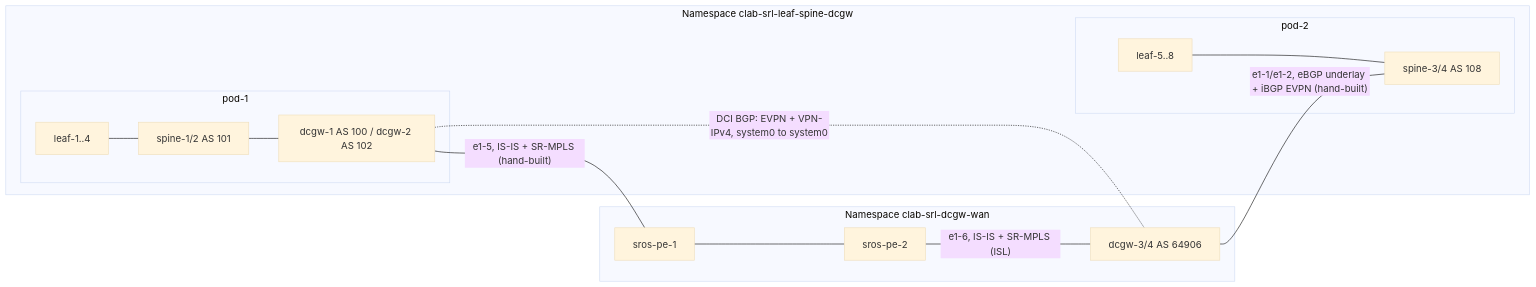
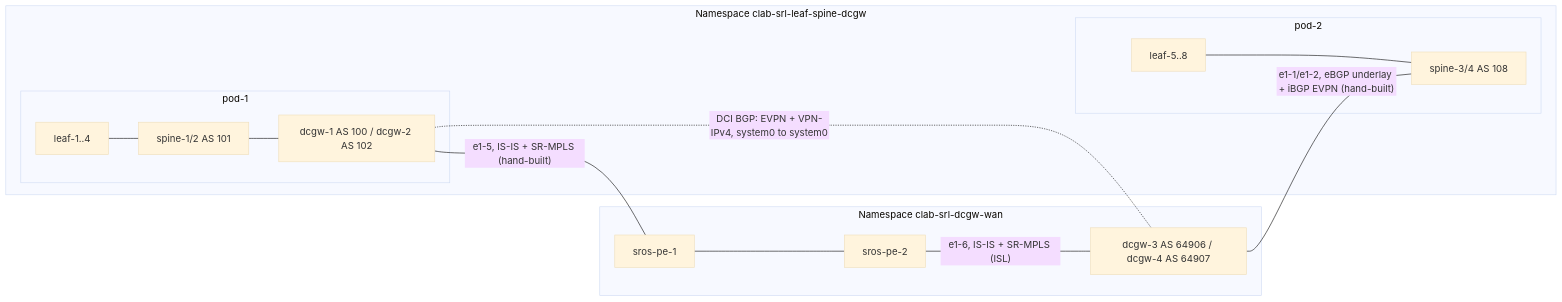
One commit to dtrichards01/eda-dci-lab changed the diagram in docs/DCI-SPLIT-NS-PLUMBING-Tech-Note.md. Above: the diagram before and after it, drawn with Mermaid (base theme). The commit also changed other lines of this file and 18 other files, not shown here.

````diff
--- a/docs/DCI-SPLIT-NS-PLUMBING-Tech-Note.md
+++ b/docs/DCI-SPLIT-NS-PLUMBING-Tech-Note.md
@@ -16,20 +16,20 @@
 ```mermaid
 flowchart LR
   subgraph podns [Namespace clab-srl-leaf-spine-dcgw]
     subgraph p1 [pod-1]
       l1[leaf-1..4] --- s12[spine-1/2 AS 101]
       s12 --- g12[dcgw-1 AS 100 / dcgw-2 AS 102]
     end
     subgraph p2 [pod-2]
       l5[leaf-5..8] --- s34[spine-3/4 AS 108]
     end
   end
   subgraph wanns [Namespace clab-srl-dcgw-wan]
     pe1[sros-pe-1] --- pe2[sros-pe-2]
-    g34[dcgw-3/4 AS 64906]
+    g34[dcgw-3 AS 64906 / dcgw-4 AS 64907]
   end
   g12 -- "e1-5, IS-IS + SR-MPLS (hand-built)" --- pe1
   pe2 -- "e1-6, IS-IS + SR-MPLS (ISL)" --- g34
   g34 -- "e1-1/e1-2, eBGP underlay + iBGP EVPN (hand-built)" --- s34
   g12 -. "DCI BGP: EVPN + VPN-IPv4, system0 to system0" .- g34
 ```
````
